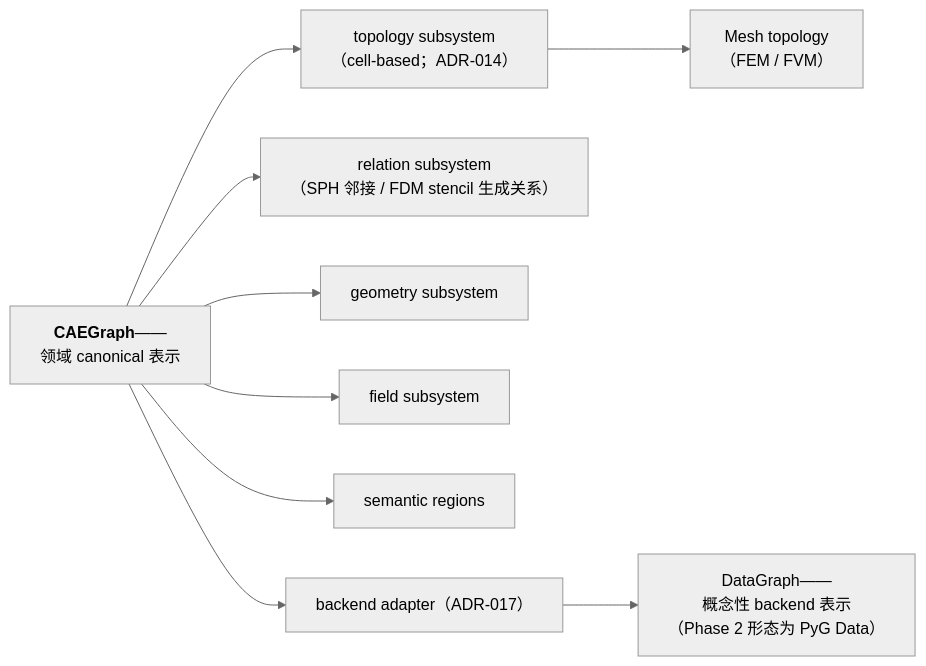
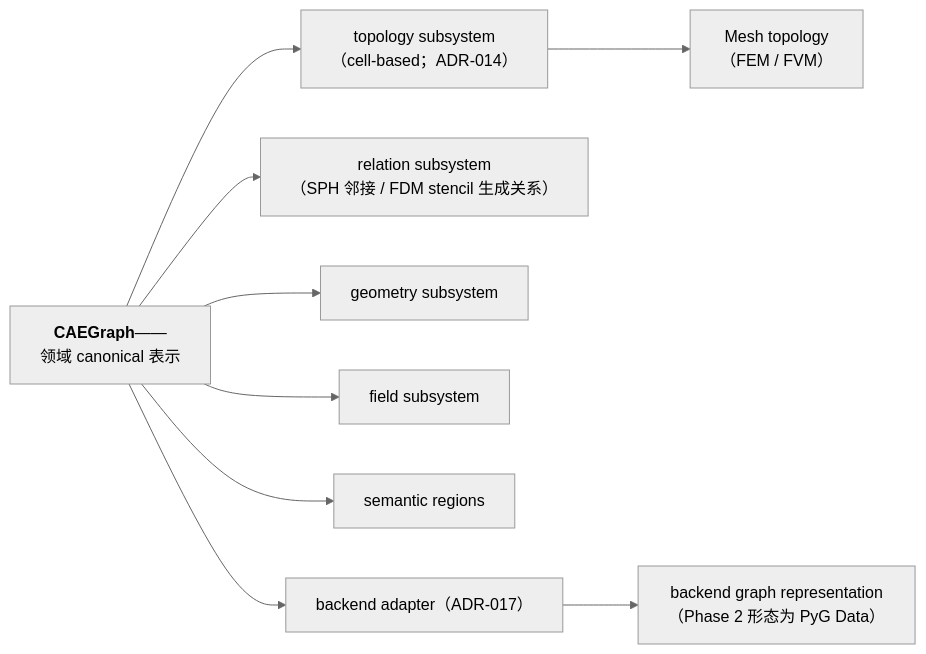
One commit to XYChouMian/caegraph changed the diagram in docs/docs/architecture/overview.md. Above: the diagram before and after it, drawn with Mermaid (neutral theme). The commit also changed other lines of this file and 14 other files, not shown here.

Commit message:
docs(architecture): resolve representation terminology ambiguities

````diff
--- a/docs/docs/architecture/overview.md
+++ b/docs/docs/architecture/overview.md
@@ -35,14 +35,14 @@
 ```mermaid
 flowchart LR
     C["<b>CAEGraph</b>——<br>领域 canonical 表示"]
     C --> T["topology subsystem<br>（cell-based；ADR-014）"]
     T --> M["Mesh topology<br>（FEM / FVM）"]
     C --> R["relation subsystem<br>（SPH 邻接 / FDM stencil 生成关系）"]
     C --> G["geometry subsystem"]
     C --> F["field subsystem"]
     C --> RG["semantic regions"]
     C --> A["backend adapter（ADR-017）"]
-    A --> DG["DataGraph——<br>概念性 backend 表示<br>（Phase 2 形态为 PyG Data）"]
+    A --> DG["backend graph representation<br>（Phase 2 形态为 PyG Data）"]
     classDef nowrap white-space:nowrap
     class C,T,M,R,G,F,RG,A,DG nowrap
 ```
````
